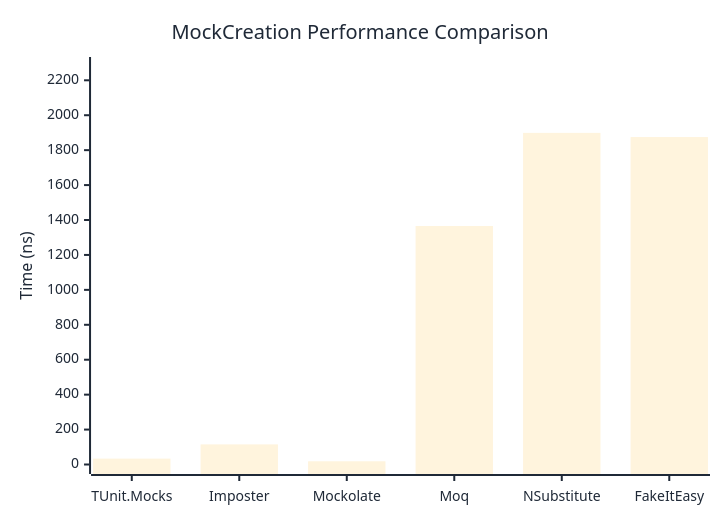
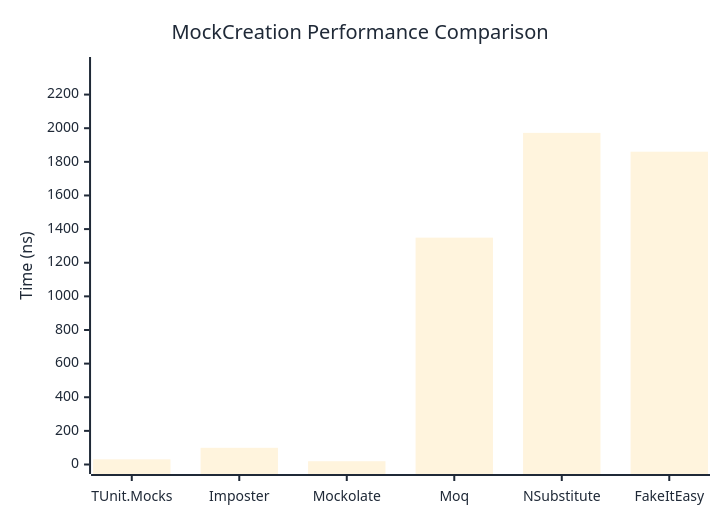
The first of 2 diagrams in docs/docs/benchmarks/mocks/MockCreation.md (thomhurst/TUnit), drawn with Mermaid before and after one commit. The commit also changed other lines of this file and 14 other files, not shown here.

````diff
--- a/docs/docs/benchmarks/mocks/MockCreation.md
+++ b/docs/docs/benchmarks/mocks/MockCreation.md
@@ -30,27 +30,27 @@
 ```mermaid
 %%{init: {
   'theme':'base',
   'themeVariables': {
     'primaryColor': '#2563eb',
     'primaryTextColor': '#1f2937',
     'primaryBorderColor': '#1e40af',
     'lineColor': '#6b7280',
     'secondaryColor': '#7c3aed',
     'tertiaryColor': '#dc2626',
     'background': '#ffffff',
     'pie1': '#2563eb',
     'pie2': '#7c3aed',
     'pie3': '#dc2626',
     'pie4': '#f59e0b',
     'pie5': '#10b981',
     'pie6': '#06b6d4',
     'pie7': '#ec4899',
     'pie8': '#6366f1'
   }
 }}%%
 xychart-beta
   title "MockCreation Performance Comparison"
   x-axis ["TUnit.Mocks", "Imposter", "Mockolate", "Moq", "NSubstitute", "FakeItEasy"]
-  y-axis "Time (ns)" 0 --> 2279
-  bar [33.68, 115.12, 18.41, 1365.74, 1898.99, 1874.97]
+  y-axis "Time (ns)" 0 --> 2367
+  bar [30.72, 99.27, 19.46, 1349.08, 1972.21, 1860.23]
 ```
````
